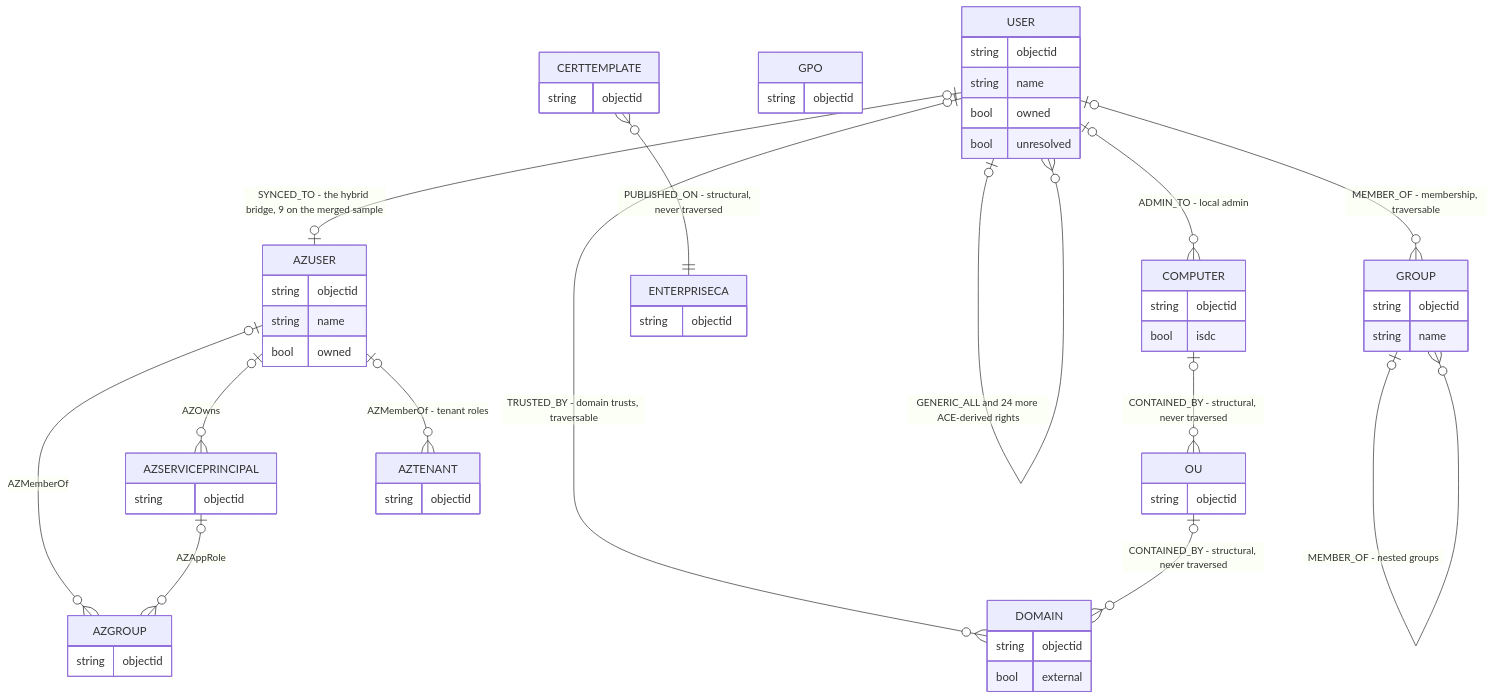
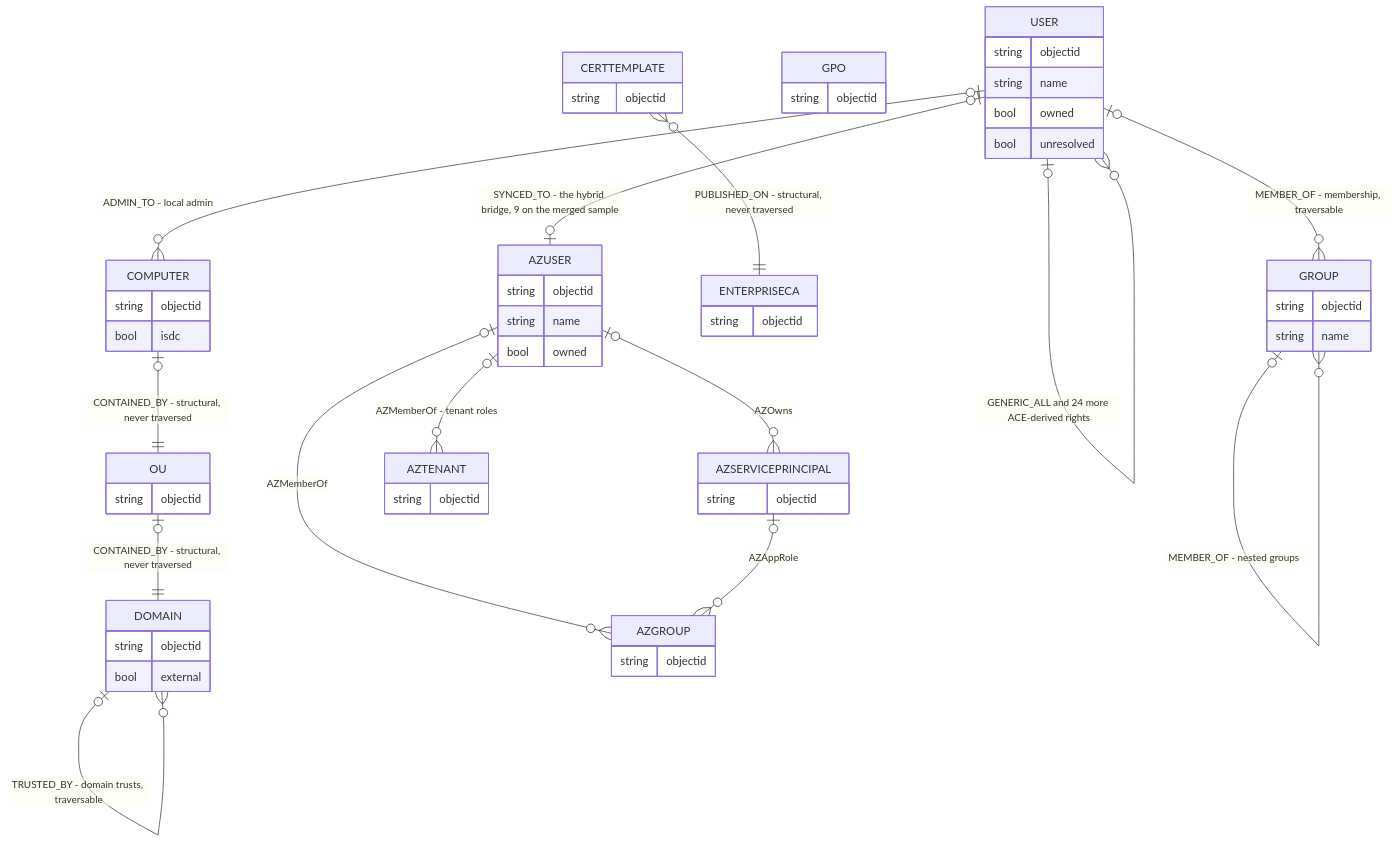
The first of 2 diagrams in docs/GRAPH_MODEL.md (choksi2212/wemakedevs-hack), drawn with Mermaid before and after one commit. The commit also changed other lines of this file and 1 other file, not shown here.

````diff
--- a/docs/GRAPH_MODEL.md
+++ b/docs/GRAPH_MODEL.md
@@ -12,60 +12,60 @@
 ```mermaid
 erDiagram
   USER {
     string objectid
     string name
     bool owned
     bool unresolved
   }
   GROUP {
     string objectid
     string name
   }
   COMPUTER {
     string objectid
     bool isdc
   }
   DOMAIN {
     string objectid
     bool external
   }
   OU {
     string objectid
   }
   GPO {
     string objectid
   }
   CERTTEMPLATE {
     string objectid
   }
   ENTERPRISECA {
     string objectid
   }
   AZUSER {
     string objectid
     string name
     bool owned
   }
   AZSERVICEPRINCIPAL {
     string objectid
   }
   AZGROUP {
     string objectid
   }
   AZTENANT {
     string objectid
   }
   USER |o--o{ GROUP : "MEMBER_OF - membership, traversable"
   GROUP |o--o{ GROUP : "MEMBER_OF - nested groups"
   USER |o--o{ USER : "GENERIC_ALL and 24 more ACE-derived rights"
   USER |o--o{ COMPUTER : "ADMIN_TO - local admin"
-  USER |o--o{ DOMAIN : "TRUSTED_BY - domain trusts, traversable"
-  COMPUTER |o--o{ OU : "CONTAINED_BY - structural, never traversed"
-  OU |o--o{ DOMAIN : "CONTAINED_BY - structural, never traversed"
+  DOMAIN |o--o{ DOMAIN : "TRUSTED_BY - domain trusts, traversable"
+  COMPUTER |o--|| OU : "CONTAINED_BY - structural, never traversed"
+  OU |o--|| DOMAIN : "CONTAINED_BY - structural, never traversed"
   CERTTEMPLATE }o--|| ENTERPRISECA : "PUBLISHED_ON - structural, never traversed"
   USER |o--o| AZUSER : "SYNCED_TO - the hybrid bridge, 9 on the merged sample"
   AZUSER |o--o{ AZSERVICEPRINCIPAL : "AZOwns"
   AZUSER |o--o{ AZGROUP : "AZMemberOf"
   AZSERVICEPRINCIPAL |o--o{ AZGROUP : "AZAppRole"
   AZUSER |o--o{ AZTENANT : "AZMemberOf - tenant roles"
 ```
````
